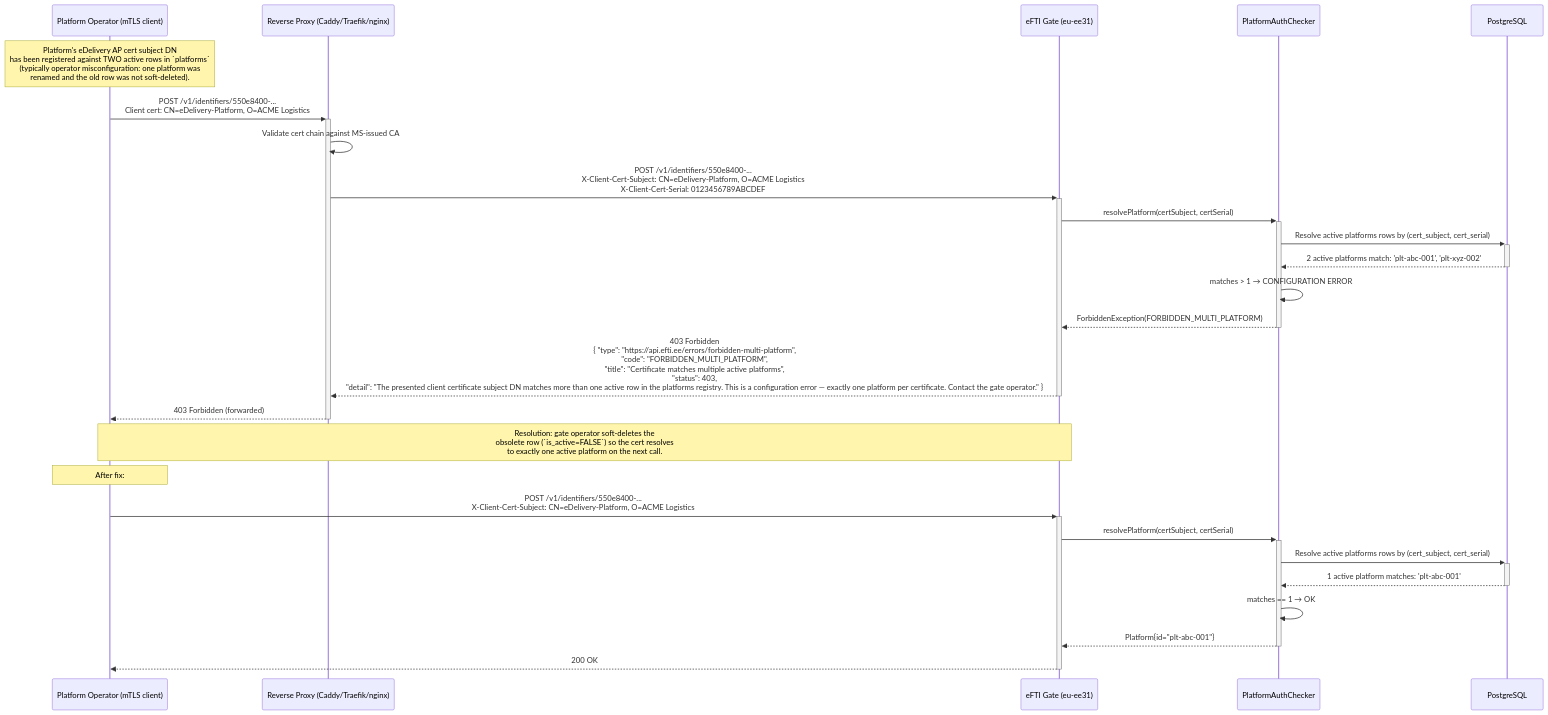
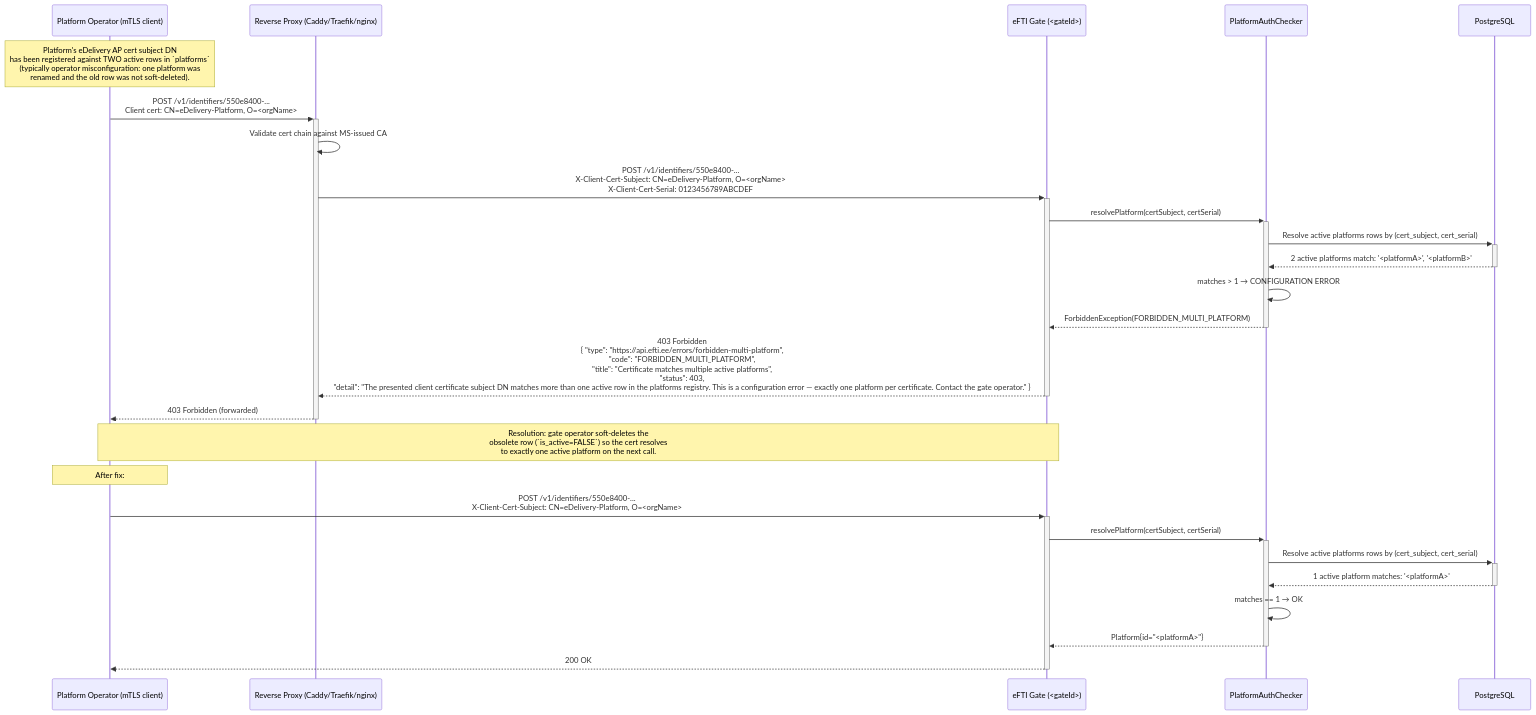
The diagram in docs/specs/diagrams/seq-13-multi-platform-user.mmd (kemit-ee/efti-gate-ee), drawn with Mermaid before and after one commit. The commit also changed 29 other files, not shown here.

```diff
--- a/docs/specs/diagrams/seq-13-multi-platform-user.mmd
+++ b/docs/specs/diagrams/seq-13-multi-platform-user.mmd
@@ -1,33 +1,33 @@
 sequenceDiagram
     participant Platform as Platform Operator (mTLS client)
     participant Proxy as Reverse Proxy (Caddy/Traefik/nginx)
-    participant Gate as eFTI Gate (eu-ee31)
+    participant Gate as eFTI Gate (<gateId>)
     participant Auth as PlatformAuthChecker
     participant DB as PostgreSQL
 
     Note over Platform: Platform's eDelivery AP cert subject DN<br/>has been registered against TWO active rows in `platforms`<br/>(typically operator misconfiguration: one platform was<br/>renamed and the old row was not soft-deleted).
 
-    Platform->>+Proxy: POST /v1/identifiers/550e8400-...<br/>Client cert: CN=eDelivery-Platform, O=ACME Logistics
+    Platform->>+Proxy: POST /v1/identifiers/550e8400-...<br/>Client cert: CN=eDelivery-Platform, O=<orgName>
     Proxy->>Proxy: Validate cert chain against MS-issued CA
-    Proxy->>+Gate: POST /v1/identifiers/550e8400-...<br/>X-Client-Cert-Subject: CN=eDelivery-Platform, O=ACME Logistics<br/>X-Client-Cert-Serial: 0123456789ABCDEF
+    Proxy->>+Gate: POST /v1/identifiers/550e8400-...<br/>X-Client-Cert-Subject: CN=eDelivery-Platform, O=<orgName><br/>X-Client-Cert-Serial: 0123456789ABCDEF
 
     Gate->>+Auth: resolvePlatform(certSubject, certSerial)
     Auth->>+DB: Resolve active platforms rows by (cert_subject, cert_serial)
-    DB-->>-Auth: 2 active platforms match: 'plt-abc-001', 'plt-xyz-002'
+    DB-->>-Auth: 2 active platforms match: '<platformA>', '<platformB>'
     Auth->>Auth: matches > 1 → CONFIGURATION ERROR
     Auth-->>-Gate: ForbiddenException(FORBIDDEN_MULTI_PLATFORM)
 
     Gate-->>Proxy: 403 Forbidden<br/>{ "type": "https://api.efti.ee/errors/forbidden-multi-platform",<br/>  "code": "FORBIDDEN_MULTI_PLATFORM",<br/>  "title": "Certificate matches multiple active platforms",<br/>  "status": 403,<br/>  "detail": "The presented client certificate subject DN matches more than one active row in the platforms registry. This is a configuration error — exactly one platform per certificate. Contact the gate operator." }
     deactivate Gate
     Proxy-->>-Platform: 403 Forbidden (forwarded)
 
     Note over Platform,Gate: Resolution: gate operator soft-deletes the<br/>obsolete row (`is_active=FALSE`) so the cert resolves<br/>to exactly one active platform on the next call.
 
     Note over Platform: After fix:
-    Platform->>+Gate: POST /v1/identifiers/550e8400-...<br/>X-Client-Cert-Subject: CN=eDelivery-Platform, O=ACME Logistics
+    Platform->>+Gate: POST /v1/identifiers/550e8400-...<br/>X-Client-Cert-Subject: CN=eDelivery-Platform, O=<orgName>
     Gate->>+Auth: resolvePlatform(certSubject, certSerial)
     Auth->>+DB: Resolve active platforms rows by (cert_subject, cert_serial)
-    DB-->>-Auth: 1 active platform matches: 'plt-abc-001'
+    DB-->>-Auth: 1 active platform matches: '<platformA>'
     Auth->>Auth: matches == 1 → OK
-    Auth-->>-Gate: Platform{id="plt-abc-001"}
+    Auth-->>-Gate: Platform{id="<platformA>"}
     Gate-->>-Platform: 200 OK
```
